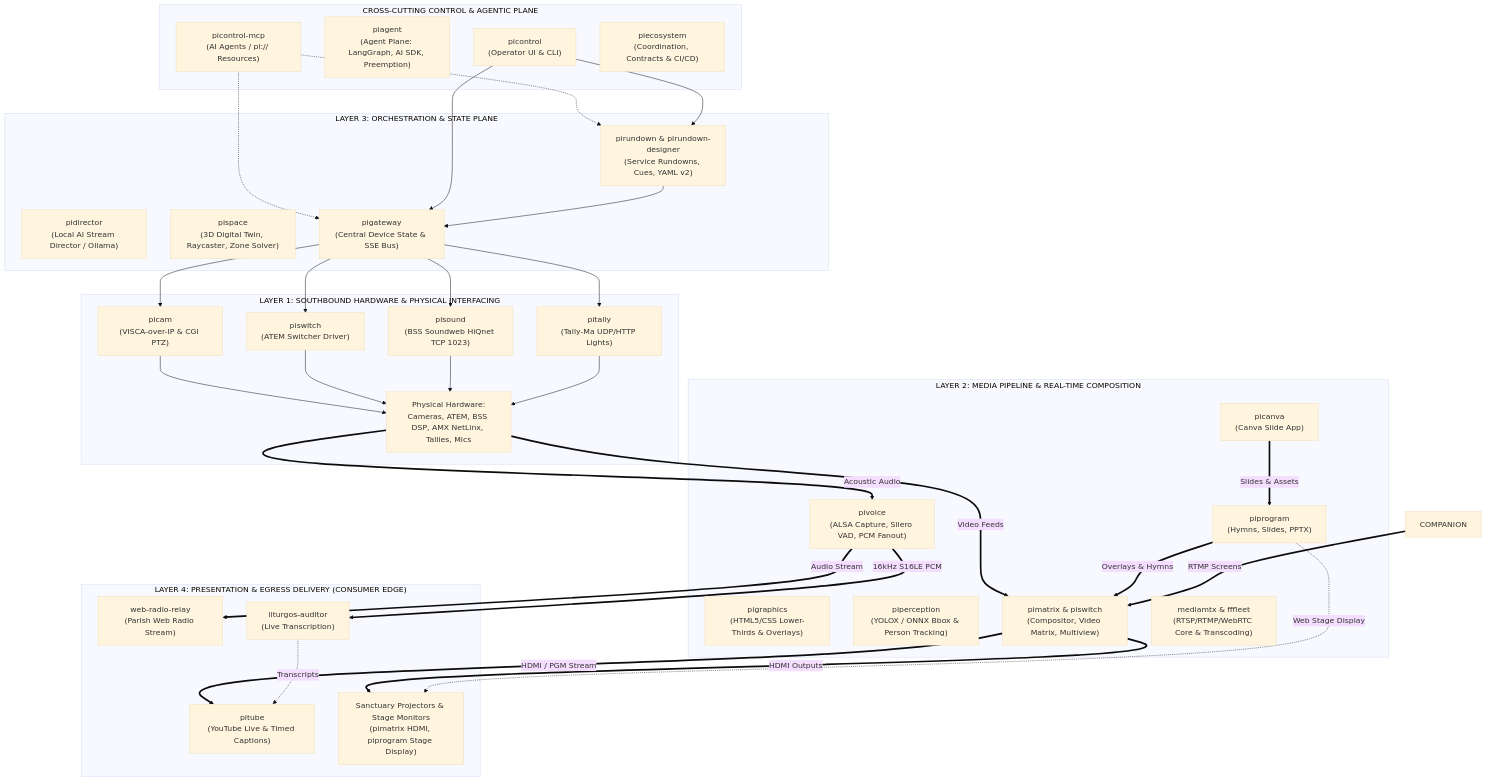
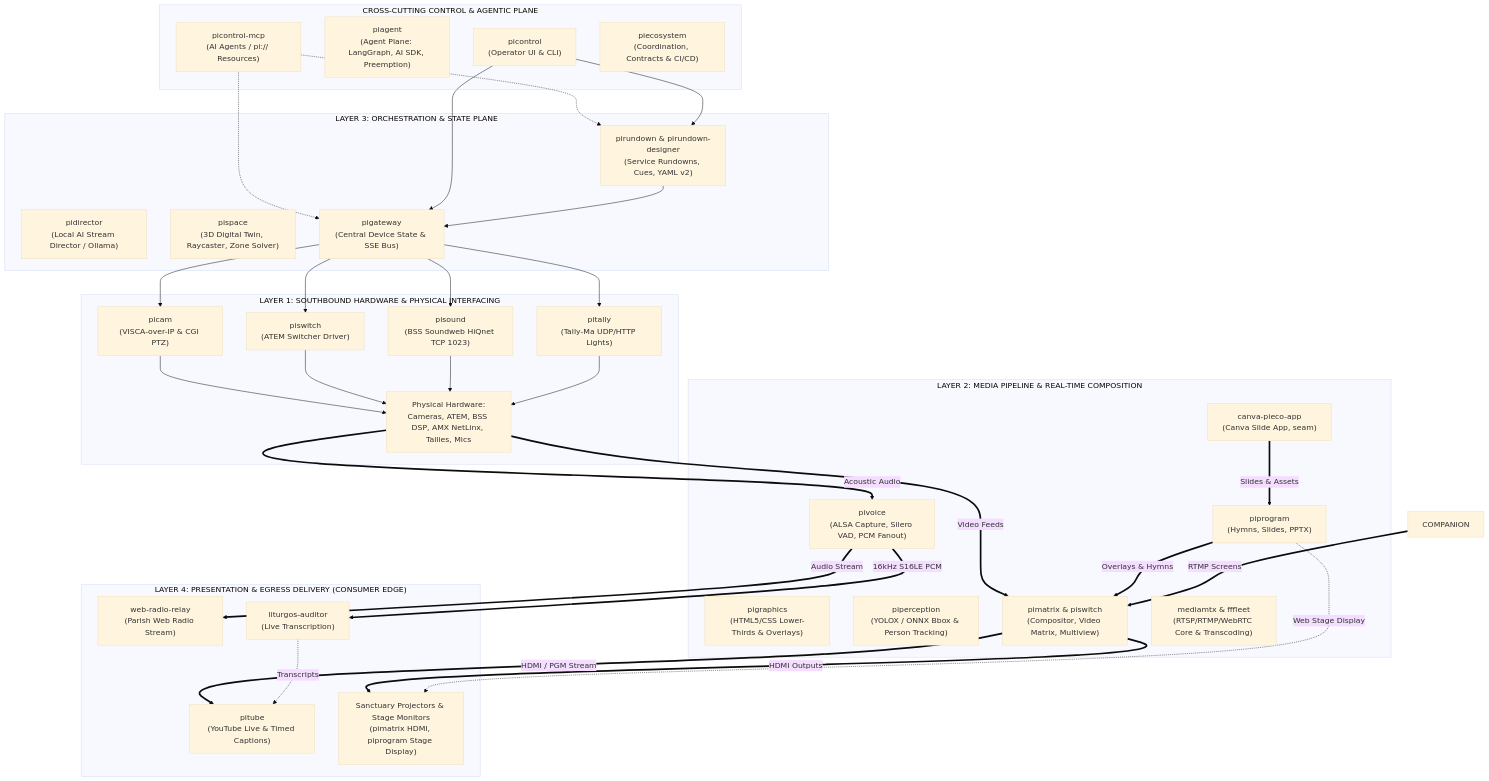
One commit to jsilvanus/piecosystem changed the diagram in docs/architecture-layers.md. Above: the diagram before and after it, drawn with Mermaid (base theme). The commit also changed other lines of this file and 6 other files, not shown here.

First line of the commit message:
Rename picanva to canva-pieco-app (#9)

````diff
--- a/docs/architecture-layers.md
+++ b/docs/architecture-layers.md
@@ -47,73 +47,73 @@
 ```mermaid
 flowchart TD
     subgraph CP["CROSS-CUTTING CONTROL & AGENTIC PLANE"]
         MCP["picontrol-mcp<br/>(AI Agents / pi:// Resources)"]
         AGENT["piagent<br/>(Agent Plane: LangGraph, AI SDK, Preemption)"]
         UI["picontrol<br/>(Operator UI & CLI)"]
         GOV["piecosystem<br/>(Coordination, Contracts & CI/CD)"]
     end
 
     subgraph L3["LAYER 3: ORCHESTRATION & STATE PLANE"]
         RUNDOWN["pirundown & pirundown-designer<br/>(Service Rundowns, Cues, YAML v2)"]
         DIRECTOR["pidirector<br/>(Local AI Stream Director / Ollama)"]
         SPACE["pispace<br/>(3D Digital Twin, Raycaster, Zone Solver)"]
         GATEWAY["pigateway<br/>(Central Device State & SSE Bus)"]
     end
 
     subgraph L2["LAYER 2: MEDIA PIPELINE & REAL-TIME COMPOSITION"]
-        CANVA["picanva<br/>(Canva Slide App)"]
+        CANVA["canva-pieco-app<br/>(Canva Slide App, seam)"]
         PGM["piprogram<br/>(Hymns, Slides, PPTX)"]
         GRAPHICS["pigraphics<br/>(HTML5/CSS Lower-Thirds & Overlays)"]
         PERCEPTION["piperception<br/>(YOLOX / ONNX Bbox & Person Tracking)"]
         VOICE_DSP["pivoice<br/>(ALSA Capture, Silero VAD, PCM Fanout)"]
         MATRIX["pimatrix & piswitch<br/>(Compositor, Video Matrix, Multiview)"]
         MEDIAMTX["mediamtx & fffleet<br/>(RTSP/RTMP/WebRTC Core & Transcoding)"]
     end
 
     subgraph L1["LAYER 1: SOUTHBOUND HARDWARE & PHYSICAL INTERFACING"]
         PICAM["picam<br/>(VISCA-over-IP & CGI PTZ)"]
         PISWITCH["piswitch<br/>(ATEM Switcher Driver)"]
         PISOUND["pisound<br/>(BSS Soundweb HiQnet TCP 1023)"]
         PITALLY["pitally<br/>(Tally-Ma UDP/HTTP Lights)"]
         HW_DEVICES["Physical Hardware:<br/>Cameras, ATEM, BSS DSP, AMX NetLinx, Tallies, Mics"]
     end
 
     subgraph L4["LAYER 4: PRESENTATION & EGRESS DELIVERY (CONSUMER EDGE)"]
         YT["pitube<br/>(YouTube Live & Timed Captions)"]
         RADIO["web-radio-relay<br/>(Parish Web Radio Stream)"]
         AUDITOR["liturgos-auditor<br/>(Live Transcription)"]
         DISPLAYS["Sanctuary Projectors & Stage Monitors<br/>(pimatrix HDMI, piprogram Stage Display)"]
     end
 
     %% Control Flow
     MCP -.-> RUNDOWN
     MCP -.-> GATEWAY
     UI --> RUNDOWN
     UI --> GATEWAY
     RUNDOWN --> GATEWAY
     GATEWAY --> PICAM
     GATEWAY --> PISWITCH
     GATEWAY --> PISOUND
     GATEWAY --> PITALLY
 
     %% Hardware Interfacing
     PICAM --> HW_DEVICES
     PISWITCH --> HW_DEVICES
     PISOUND --> HW_DEVICES
     PITALLY --> HW_DEVICES
 
     %% Media Flow (Direct Data Plane)
     HW_DEVICES ==>|Video Feeds| MATRIX
     HW_DEVICES ==>|Acoustic Audio| VOICE_DSP
     CANVA ==>|Slides & Assets| PGM
     PGM ==>|Overlays & Hymns| MATRIX
     COMPANION ==>|RTMP Screens| MATRIX
     VOICE_DSP ==>|Audio Stream| RADIO
     VOICE_DSP ==>|16kHz S16LE PCM| AUDITOR
 
     %% Egress Delivery
     MATRIX ==>|HDMI / PGM Stream| YT
     AUDITOR -.->|Transcripts| YT
     MATRIX ==>|HDMI Outputs| DISPLAYS
     PGM -.->|Web Stage Display| DISPLAYS
 ```
````
